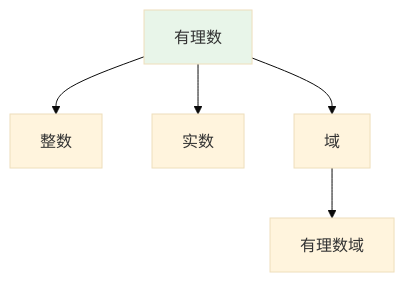
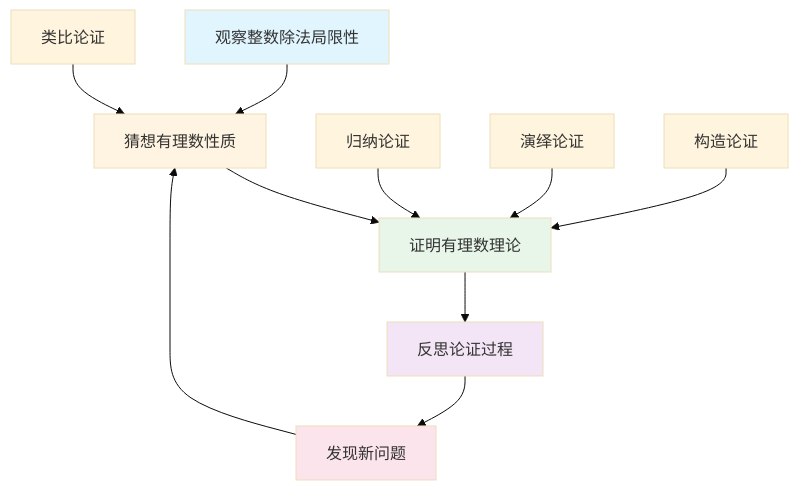
One commit to AdaMartin18010/FormalMath changed the fifth of 10 diagrams in concept/核心概念/05-有理数.md. Above: the diagram before and after it, drawn with Mermaid (base theme). The commit also changed other lines of this file and 4793 other files, not shown here.

````diff
--- a/concept/核心概念/05-有理数.md
+++ b/concept/核心概念/05-有理数.md
@@ -807,9 +1421,19 @@
 ```mermaid
 graph TD
-    A[有理数] --> B[整数]
-    A --> C[实数]
-    A --> D[域]
-    D --> E[有理数域]
+    A[观察整数除法局限性] --> B[猜想有理数性质]
+    B --> C[证明有理数理论]
+    C --> D[反思论证过程]
+    D --> E[发现新问题]
+    E --> B
 
-    style A fill:#e8f5e9
+    F[归纳论证] --> C
+    G[演绎论证] --> C
+    H[类比论证] --> B
+    I[构造论证] --> C
+
+    style A fill:#e1f5ff
+    style B fill:#fff4e1
+    style C fill:#e8f5e9
+    style D fill:#f3e5f5
+    style E fill:#fce4ec
 ```
````
